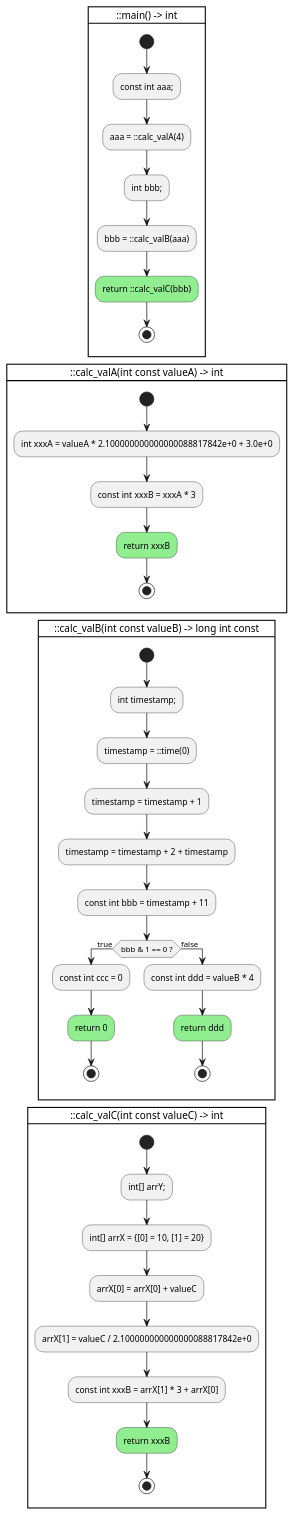
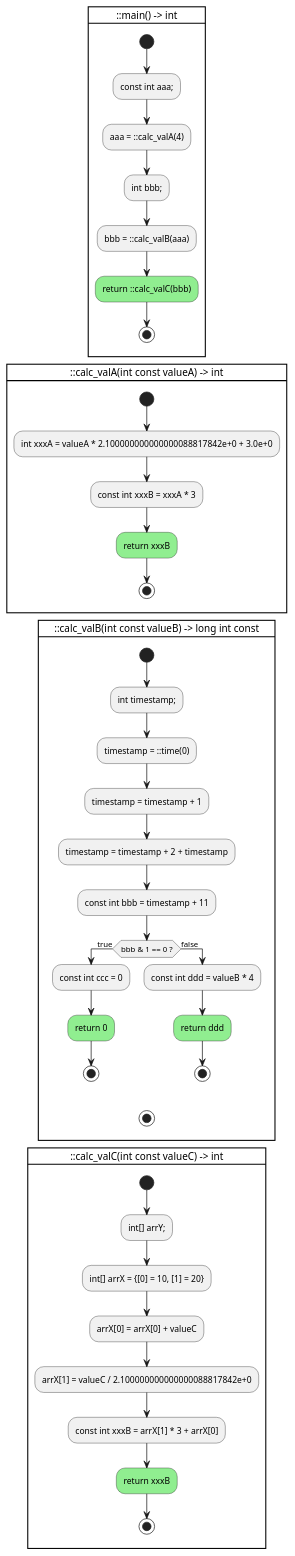
The diagram in examples/ctrlflowgraph/ctrl_main.cpp.puml (anetczuk/gcc-uml), drawn with PlantUML before and after one commit. The commit also changed 9 other files, not shown here.

```diff
--- a/examples/ctrlflowgraph/ctrl_main.cpp.puml
+++ b/examples/ctrlflowgraph/ctrl_main.cpp.puml
@@ -1,51 +1,52 @@
 @startuml
 
 card "::main() -> int" {
     start
     :const int aaa;;
     :aaa = ::calc_valA(4);
     :int bbb;;
     :bbb = ::calc_valB(aaa);
     #lightgreen:return ::calc_valC(bbb);
     stop
 }
 
 card "::calc_valA(int const valueA) -> int" {
     start
     :int xxxA = valueA * 2.100000000000000088817842e+0 + 3.0e+0;
     :const int xxxB = xxxA * 3;
     #lightgreen:return xxxB;
     stop
 }
 
 card "::calc_valB(int const valueB) -> long int const" {
     start
     :int timestamp;;
     :timestamp = ::time(0);
     :timestamp = timestamp + 1;
     :timestamp = timestamp + 2 + timestamp;
     :const int bbb = timestamp + 11;
     if (bbb & 1 == 0 ?) then (true)
         :const int ccc = 0;
         #lightgreen:return 0;
         stop
     else (false)
         :const int ddd = valueB * 4;
         #lightgreen:return ddd;
         stop
     endif
+    stop
 }
 
 card "::calc_valC(int const valueC) -> int" {
     start
     :int[] arrY;;
     :int[] arrX = {[0] = 10, [1] = 20};
     :arrX[0] = arrX[0] + valueC;
     :arrX[1] = valueC / 2.100000000000000088817842e+0;
     :const int xxxB = arrX[1] * 3 + arrX[0];
     #lightgreen:return xxxB;
     stop
 }
 
 
 @enduml
```
